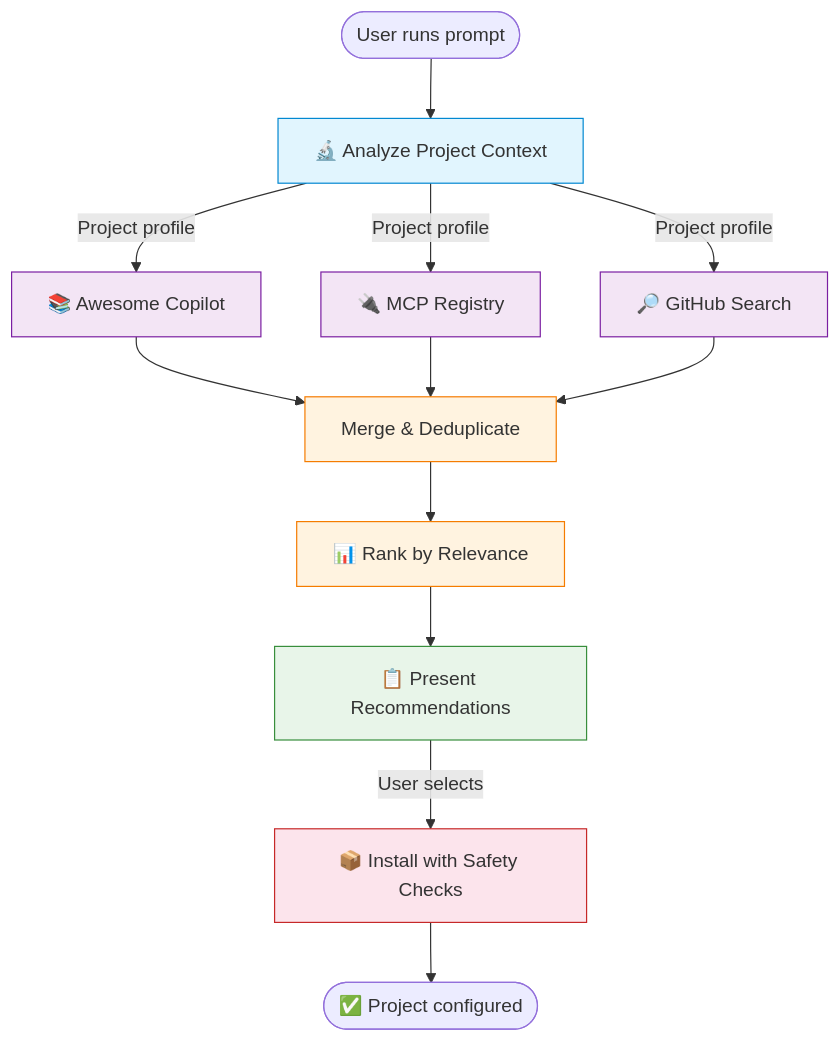
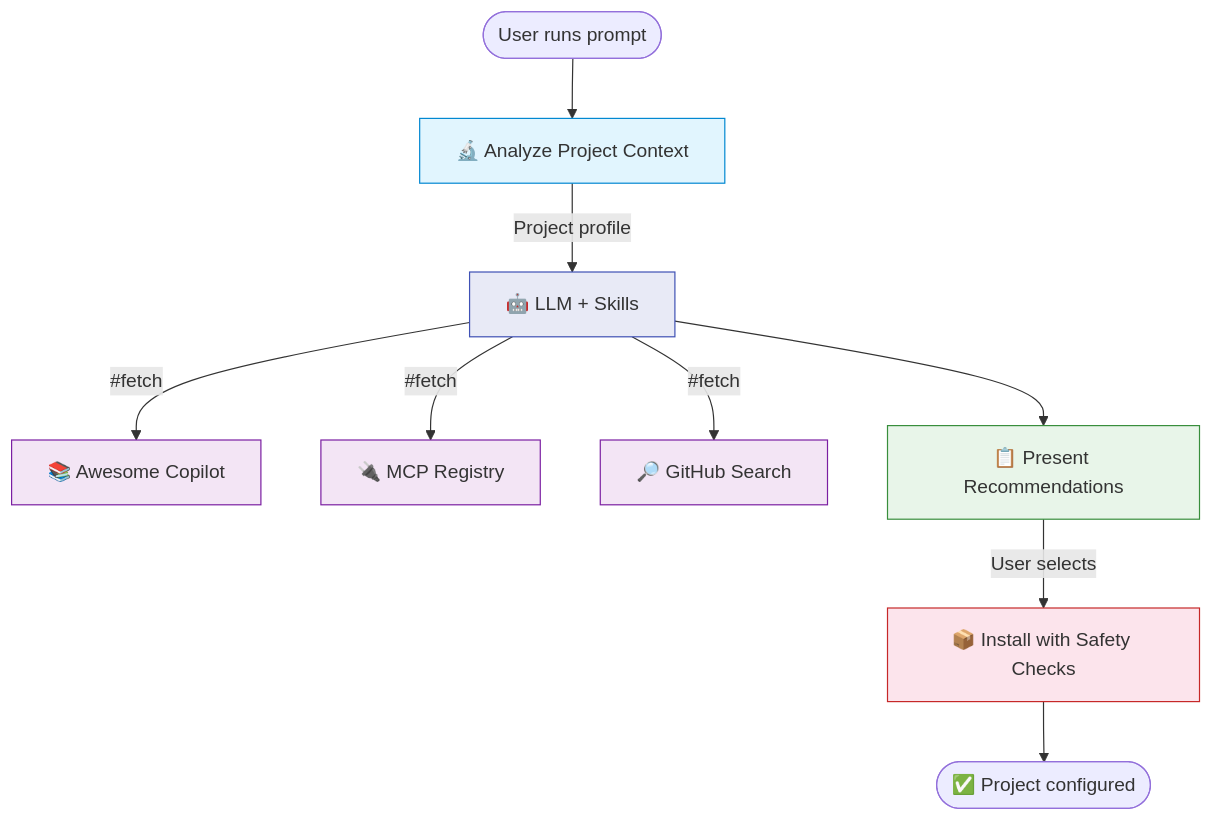
The second of 2 diagrams in README.md (devartifex/copilot-forge), drawn with Mermaid before and after one commit. The commit also changed other lines of this file and 25 other files, not shown here.

````diff
--- a/README.md
+++ b/README.md
@@ -399,25 +395,20 @@
 ```mermaid
 graph TD
     Start([User runs prompt]) --> Analyze[🔬 Analyze Project Context]
-    Analyze --> |Project profile| P1[📚 Awesome Copilot]
-    Analyze --> |Project profile| P2[🔌 MCP Registry]
-    Analyze --> |Project profile| P3[🔎 GitHub Search]
+    Analyze --> |Project profile| LLM[🤖 LLM + Skills]
+    LLM --> |#fetch| P1[📚 Awesome Copilot]
+    LLM --> |#fetch| P2[🔌 MCP Registry]
+    LLM --> |#fetch| P3[🔎 GitHub Search]
 
-    P1 --> Merge[Merge & Deduplicate]
-    P2 --> Merge
-    P3 --> Merge
-
-    Merge --> Rank[📊 Rank by Relevance]
-    Rank --> Present[📋 Present Recommendations]
+    LLM --> Present[📋 Present Recommendations]
     Present --> |User selects| Install[📦 Install with Safety Checks]
     Install --> Done([✅ Project configured])
 
     style Analyze fill:#e1f5fe,stroke:#0288d1
+    style LLM fill:#e8eaf6,stroke:#3f51b5
     style P1 fill:#f3e5f5,stroke:#7b1fa2
     style P2 fill:#f3e5f5,stroke:#7b1fa2
     style P3 fill:#f3e5f5,stroke:#7b1fa2
-    style Merge fill:#fff3e0,stroke:#f57c00
-    style Rank fill:#fff3e0,stroke:#f57c00
     style Present fill:#e8f5e9,stroke:#388e3c
     style Install fill:#fce4ec,stroke:#c62828
 ```
````
